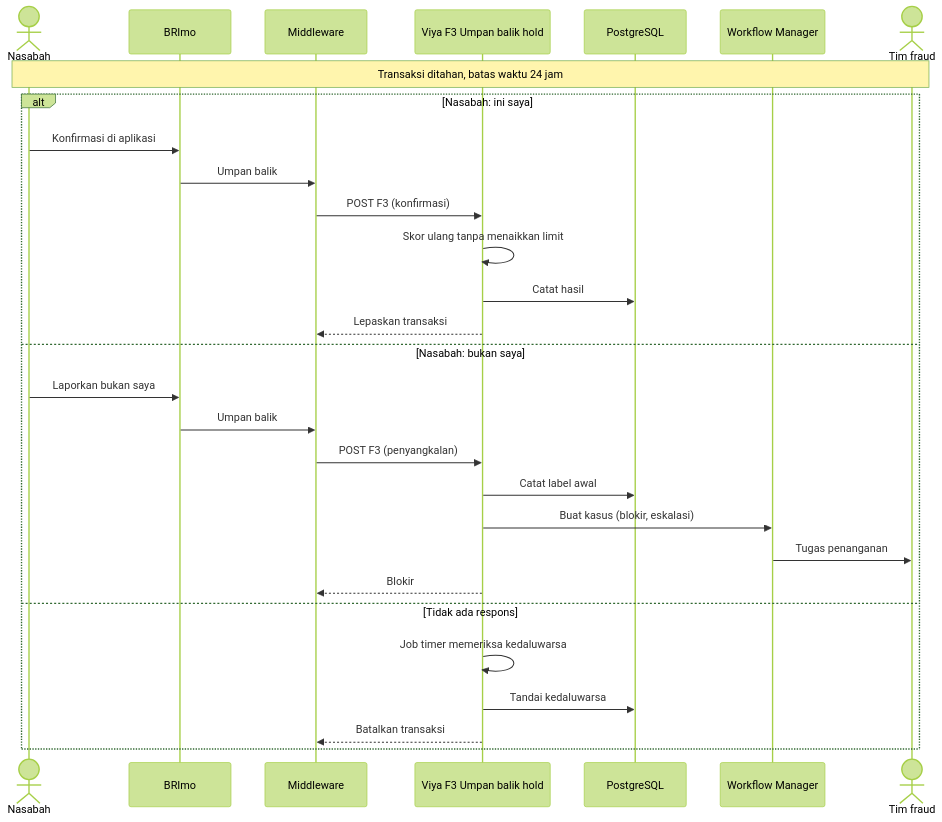
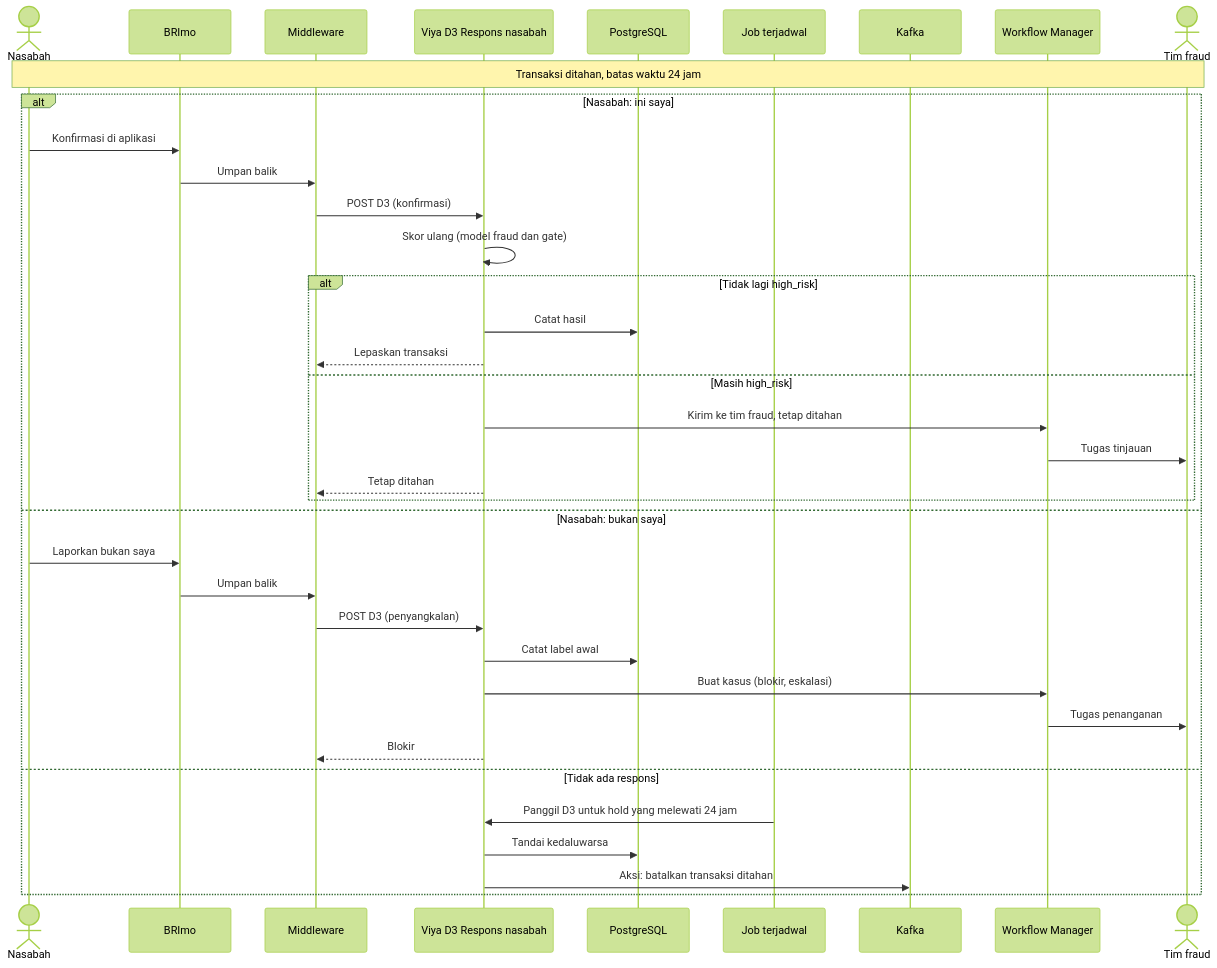
Before and after one commit to afintchtr/sashckton-gearup: the third of 9 diagrams in docs/DIAGRAMS.md, drawn with Mermaid (forest theme). The commit also changed other lines of this file and 8 other files, not shown here.

First line of the commit message:
Docs: add decision flow specification (D1-D3) and align all docs

````diff
--- a/docs/DIAGRAMS.md
+++ b/docs/DIAGRAMS.md
@@ -106,31 +114,39 @@
 ```mermaid
 sequenceDiagram
     actor N as Nasabah
     participant B as BRImo
     participant M as Middleware
-    participant V as Viya F3 Umpan balik hold
+    participant V as Viya D3 Respons nasabah
     participant P as PostgreSQL
+    participant J as Job terjadwal
+    participant K as Kafka
     participant W as Workflow Manager
     actor F as Tim fraud
     Note over N,F: Transaksi ditahan, batas waktu 24 jam
     alt Nasabah: ini saya
         N->>B: Konfirmasi di aplikasi
         B->>M: Umpan balik
-        M->>V: POST F3 (konfirmasi)
-        V->>V: Skor ulang tanpa menaikkan limit
-        V->>P: Catat hasil
-        V-->>M: Lepaskan transaksi
+        M->>V: POST D3 (konfirmasi)
+        V->>V: Skor ulang (model fraud dan gate)
+        alt Tidak lagi high_risk
+            V->>P: Catat hasil
+            V-->>M: Lepaskan transaksi
+        else Masih high_risk
+            V->>W: Kirim ke tim fraud, tetap ditahan
+            W->>F: Tugas tinjauan
+            V-->>M: Tetap ditahan
+        end
     else Nasabah: bukan saya
         N->>B: Laporkan bukan saya
         B->>M: Umpan balik
-        M->>V: POST F3 (penyangkalan)
+        M->>V: POST D3 (penyangkalan)
         V->>P: Catat label awal
         V->>W: Buat kasus (blokir, eskalasi)
         W->>F: Tugas penanganan
         V-->>M: Blokir
     else Tidak ada respons
-        V->>V: Job timer memeriksa kedaluwarsa
+        J->>V: Panggil D3 untuk hold yang melewati 24 jam
         V->>P: Tandai kedaluwarsa
-        V-->>M: Batalkan transaksi
+        V->>K: Aksi: batalkan transaksi ditahan
     end
 ```
````
